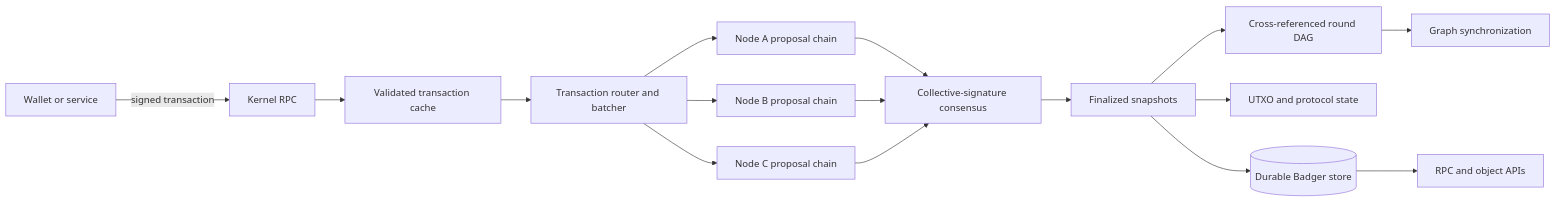
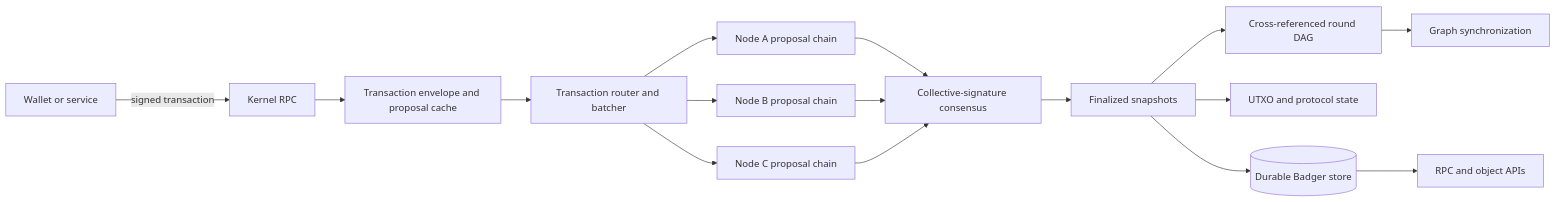
One commit to MixinNetwork/mixin changed the first of 6 diagrams in doc/mixin-kernel-technical-paper.md. Above: the diagram before and after it, drawn with Mermaid. The commit also changed other lines of this file and 1 other file, not shown here.

````diff
--- a/doc/mixin-kernel-technical-paper.md
+++ b/doc/mixin-kernel-technical-paper.md
@@ -28,22 +28,22 @@
 ```mermaid
 flowchart LR
     W[Wallet or service] -->|signed transaction| RPC[Kernel RPC]
-    RPC --> CQ[Validated transaction cache]
+    RPC --> CQ[Transaction envelope and proposal cache]
     CQ --> RT[Transaction router and batcher]
 
     RT --> A[Node A proposal chain]
     RT --> B[Node B proposal chain]
     RT --> C[Node C proposal chain]
 
     A --> CS[Collective-signature consensus]
     B --> CS
     C --> CS
 
     CS --> S[Finalized snapshots]
     S --> DAG[Cross-referenced round DAG]
     S --> U[UTXO and protocol state]
     S --> DB[(Durable Badger store)]
 
     DAG --> SYNC[Graph synchronization]
     DB --> API[RPC and object APIs]
 ```
````
